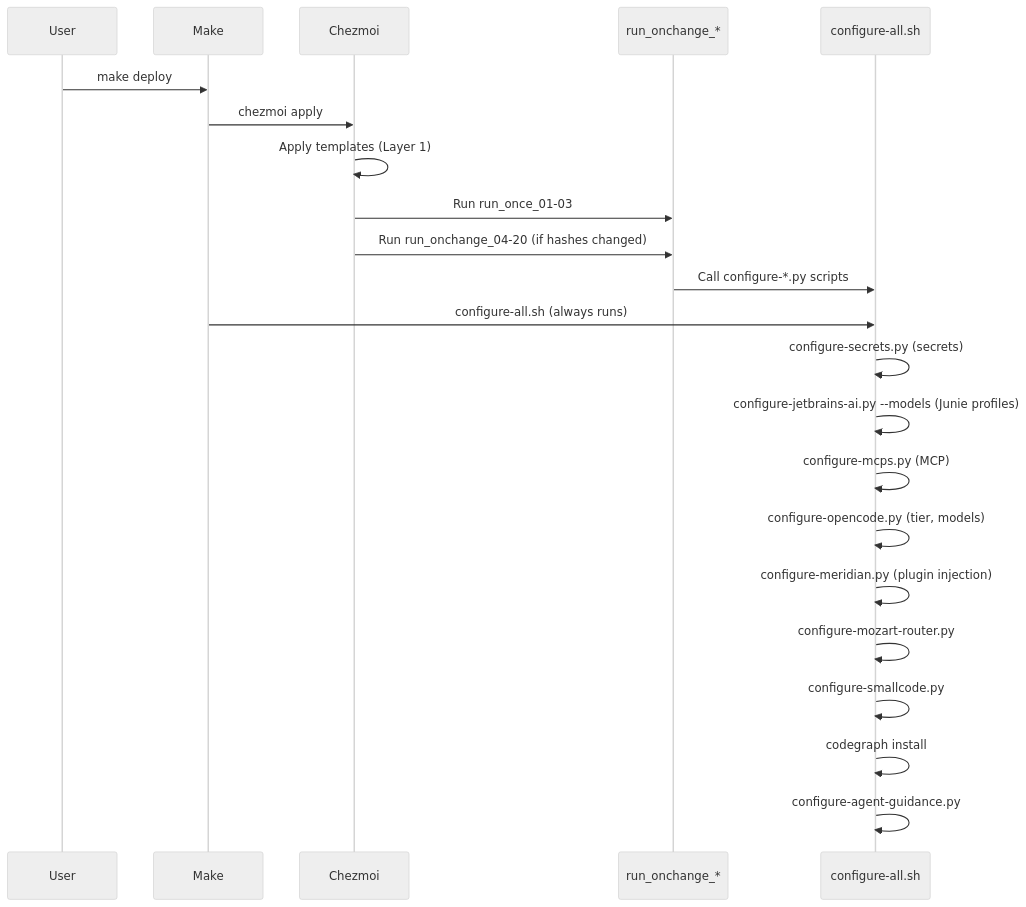
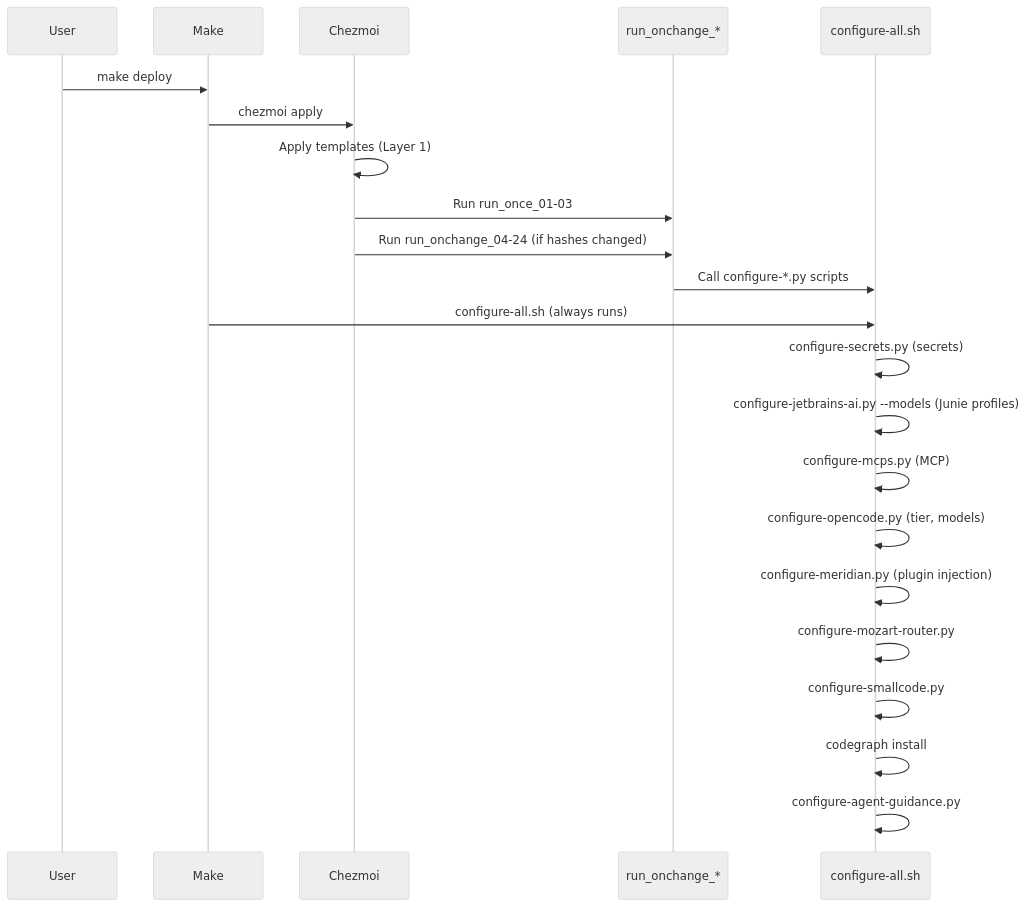
Before and after one commit to randytarampi/dotfiles: the second of 3 diagrams in docs/ORCHESTRATION.md, drawn with Mermaid (neutral theme). The commit also changed other lines of this file and 27 other files, not shown here.

````diff
--- a/docs/ORCHESTRATION.md
+++ b/docs/ORCHESTRATION.md
@@ -72,25 +75,25 @@
 ```mermaid
 sequenceDiagram
     participant User
     participant Make
     participant Chezmoi
     participant Scripts as run_onchange_*
     participant Configure as configure-all.sh
 
     User->>Make: make deploy
     Make->>Chezmoi: chezmoi apply
     Chezmoi->>Chezmoi: Apply templates (Layer 1)
     Chezmoi->>Scripts: Run run_once_01-03
-    Chezmoi->>Scripts: Run run_onchange_04-20 (if hashes changed)
+    Chezmoi->>Scripts: Run run_onchange_04-24 (if hashes changed)
     Scripts->>Configure: Call configure-*.py scripts
     Make->>Configure: configure-all.sh (always runs)
     Configure->>Configure: configure-secrets.py (secrets)
     Configure->>Configure: configure-jetbrains-ai.py --models (Junie profiles)
     Configure->>Configure: configure-mcps.py (MCP)
     Configure->>Configure: configure-opencode.py (tier, models)
     Configure->>Configure: configure-meridian.py (plugin injection)
     Configure->>Configure: configure-mozart-router.py
     Configure->>Configure: configure-smallcode.py
     Configure->>Configure: codegraph install
     Configure->>Configure: configure-agent-guidance.py
 ```
````
